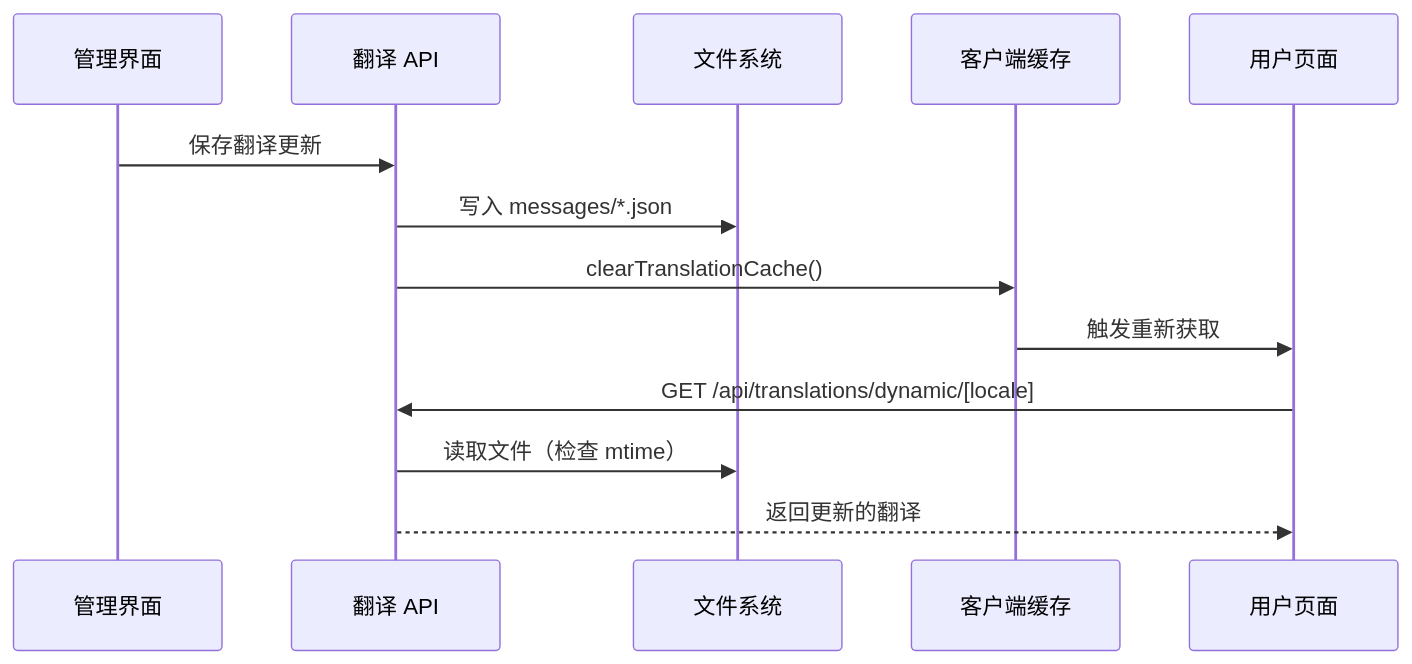
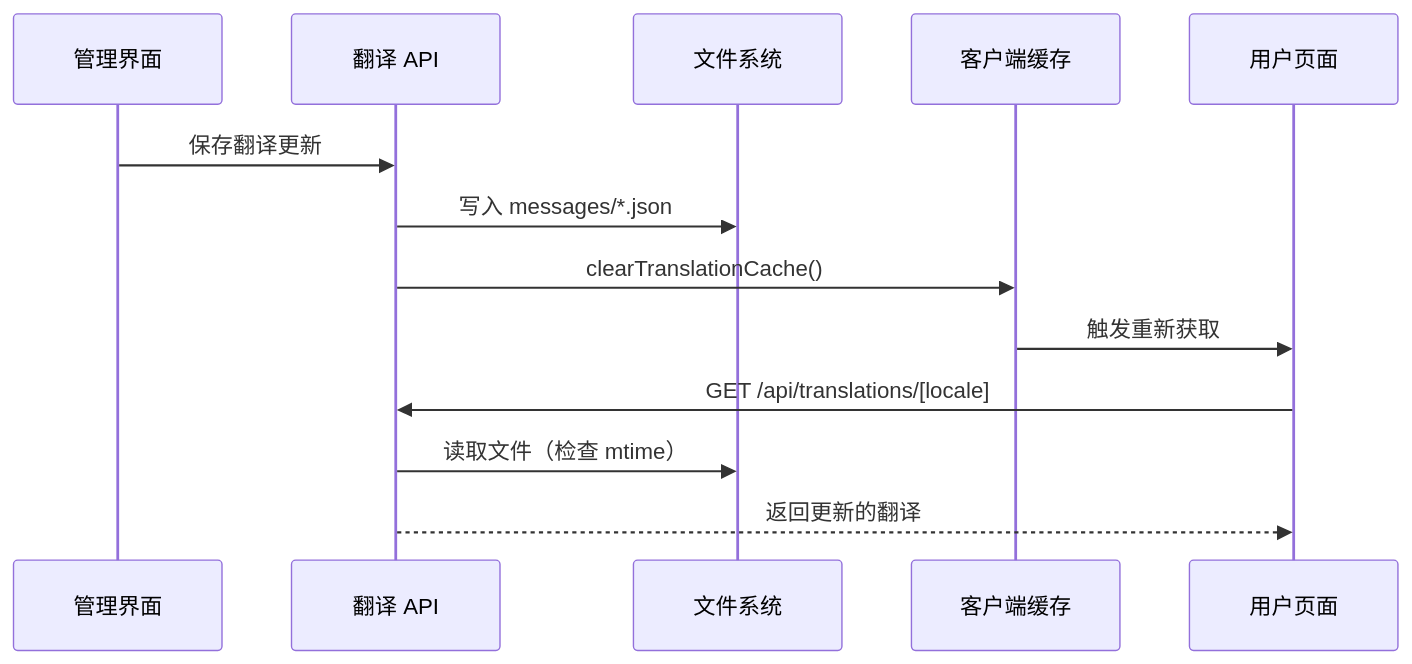
Before and after one commit to pixelsama/AgentifUI: the diagram in docs/dynamic-translation-system.md, drawn with Mermaid. The commit also changed other lines of this file and 35 other files, not shown here.

````diff
--- a/docs/dynamic-translation-system.md
+++ b/docs/dynamic-translation-system.md
@@ -134,16 +134,16 @@
 ```mermaid
 sequenceDiagram
     participant Admin as 管理界面
     participant API as 翻译 API
     participant FS as 文件系统
     participant Cache as 客户端缓存
     participant User as 用户页面
 
     Admin->>API: 保存翻译更新
     API->>FS: 写入 messages/*.json
     API->>Cache: clearTranslationCache()
     Cache->>User: 触发重新获取
-    User->>API: GET /api/translations/dynamic/[locale]
+    User->>API: GET /api/translations/[locale]
     API->>FS: 读取文件（检查 mtime）
     API-->>User: 返回更新的翻译
 ```
````
